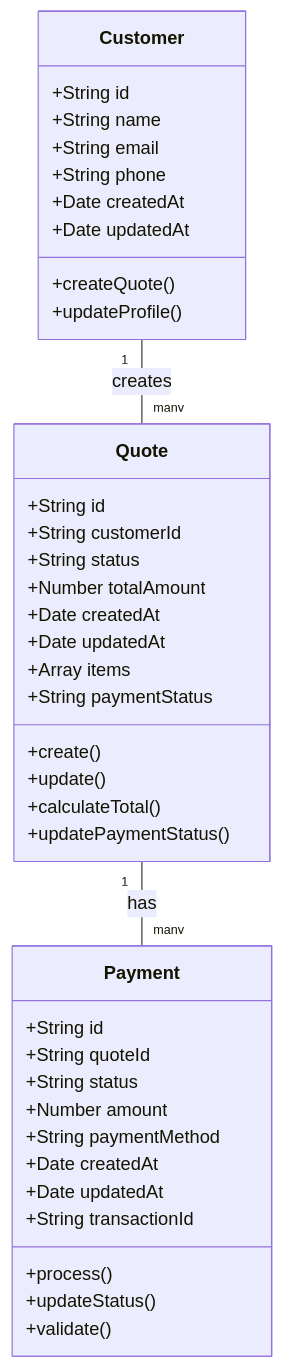
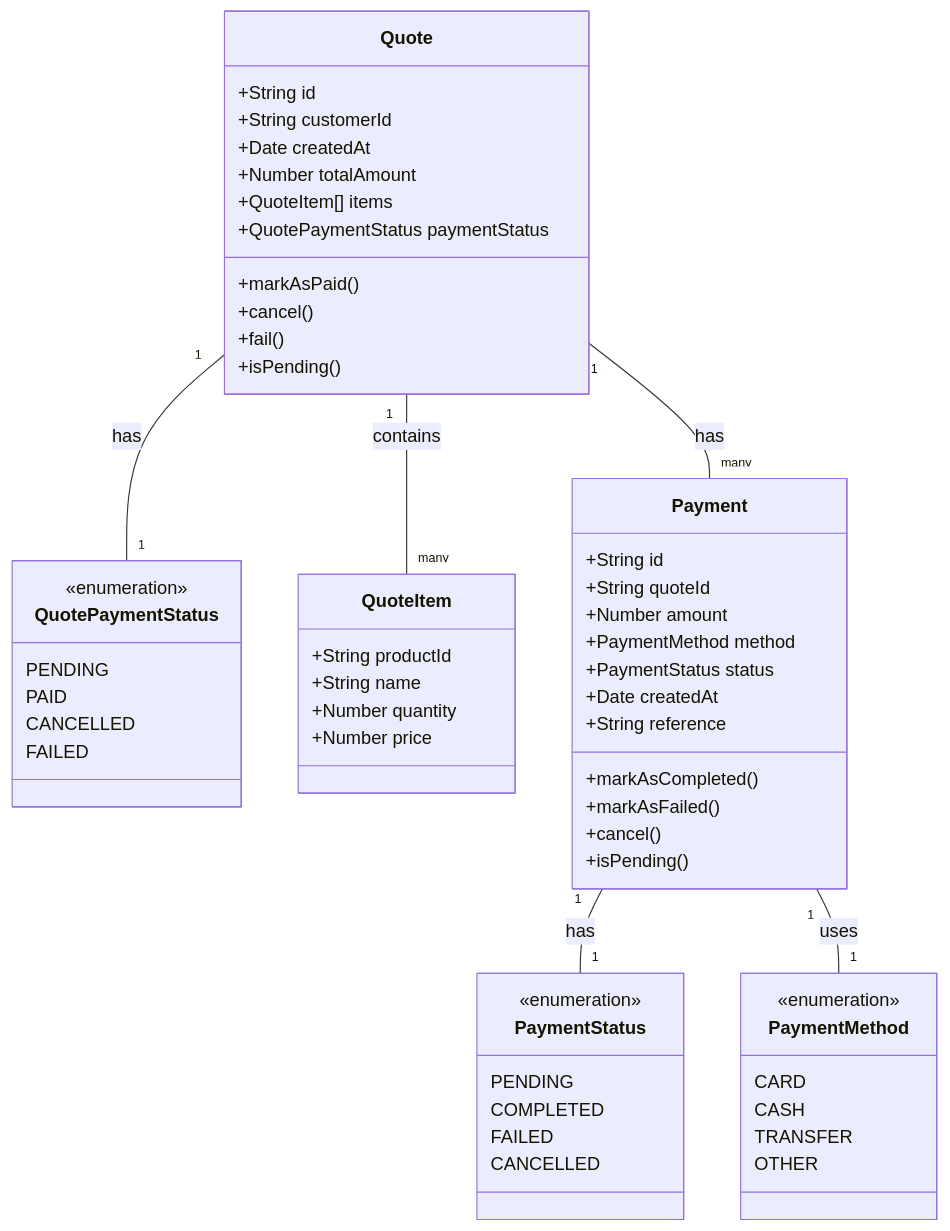
Before and after one commit to JohanBustos/stoky-app-back: the fifth of 6 diagrams in README.md, drawn with Mermaid. The commit also changed other lines of this file, not shown here.

````diff
--- a/README.md
+++ b/README.md
@@ -213,45 +213,66 @@
 ```mermaid
 classDiagram
+    class QuotePaymentStatus {
+        <<enumeration>>
+        PENDING
+        PAID
+        CANCELLED
+        FAILED
+    }
+
     class Quote {
         +String id
         +String customerId
-        +String status
+        +Date createdAt
         +Number totalAmount
-        +Date createdAt
-        +Date updatedAt
-        +Array items
-        +String paymentStatus
-        +create()
-        +update()
-        +calculateTotal()
-        +updatePaymentStatus()
+        +QuoteItem[] items
+        +QuotePaymentStatus paymentStatus
+        +markAsPaid()
+        +cancel()
+        +fail()
+        +isPending()
     }
     
+    class QuoteItem {
+        +String productId
+        +String name
+        +Number quantity
+        +Number price
+    }
+    
+    class PaymentStatus {
+        <<enumeration>>
+        PENDING
+        COMPLETED
+        FAILED
+        CANCELLED
+    }
+
+    class PaymentMethod {
+        <<enumeration>>
+        CARD
+        CASH
+        TRANSFER
+        OTHER
+    }
+
     class Payment {
         +String id
         +String quoteId
-        +String status
         +Number amount
-        +String paymentMethod
+        +PaymentMethod method
+        +PaymentStatus status
         +Date createdAt
-        +Date updatedAt
-        +String transactionId
-        +process()
-        +updateStatus()
-        +validate()
-    }
-    
-    class Customer {
-        +String id
-        +String name
-        +String email
-        +String phone
-        +Date createdAt
-        +Date updatedAt
-        +createQuote()
-        +updateProfile()
+        +String reference
+        +markAsCompleted()
+        +markAsFailed()
+        +cancel()
+        +isPending()
     }
 
+    Quote "1" -- "many" QuoteItem : contains
+    Quote "1" -- "1" QuotePaymentStatus : has
+    Payment "1" -- "1" PaymentStatus : has
+    Payment "1" -- "1" PaymentMethod : uses
     Quote "1" -- "many" Payment : has
-    Customer "1" -- "many" Quote : creates
 ```
````
